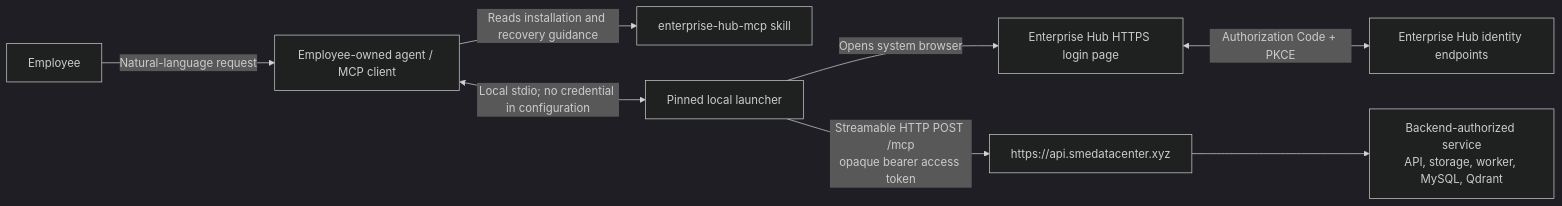
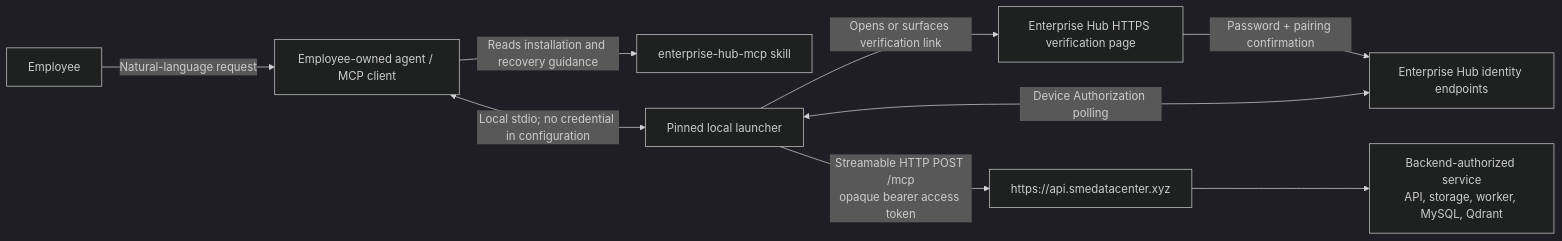
Before and after one commit to YinXiaoyu-1998/SME_DATA_CENTER: the first of 2 diagrams in docs/implementation/mcp-user-flow.md, drawn with Mermaid (dark theme). The commit also changed other lines of this file and 13 other files, not shown here.

````diff
--- a/docs/implementation/mcp-user-flow.md
+++ b/docs/implementation/mcp-user-flow.md
@@ -17,10 +18,11 @@
 ```mermaid
 flowchart LR
   Employee["Employee"] -->|"Natural-language request"| Agent["Employee-owned agent / MCP client"]
   Agent -->|"Reads installation and recovery guidance"| Skill["enterprise-hub-mcp skill"]
   Agent <-->|"Local stdio; no credential in configuration"| Launcher["Pinned local launcher"]
-  Launcher -->|"Opens system browser"| Browser["Enterprise Hub HTTPS login page"]
-  Browser <-->|"Authorization Code + PKCE"| Auth["Enterprise Hub identity endpoints"]
+  Launcher -->|"Opens or surfaces verification link"| Browser["Enterprise Hub HTTPS verification page"]
+  Browser -->|"Password + pairing confirmation"| Auth["Enterprise Hub identity endpoints"]
+  Launcher <-->|"Device Authorization polling"| Auth
   Launcher -->|"Streamable HTTP POST /mcp\nopaque bearer access token"| Api["https://api.smedatacenter.xyz"]
   Api --> Data["Backend-authorized service\nAPI, storage, worker, MySQL, Qdrant"]
 ```
````
